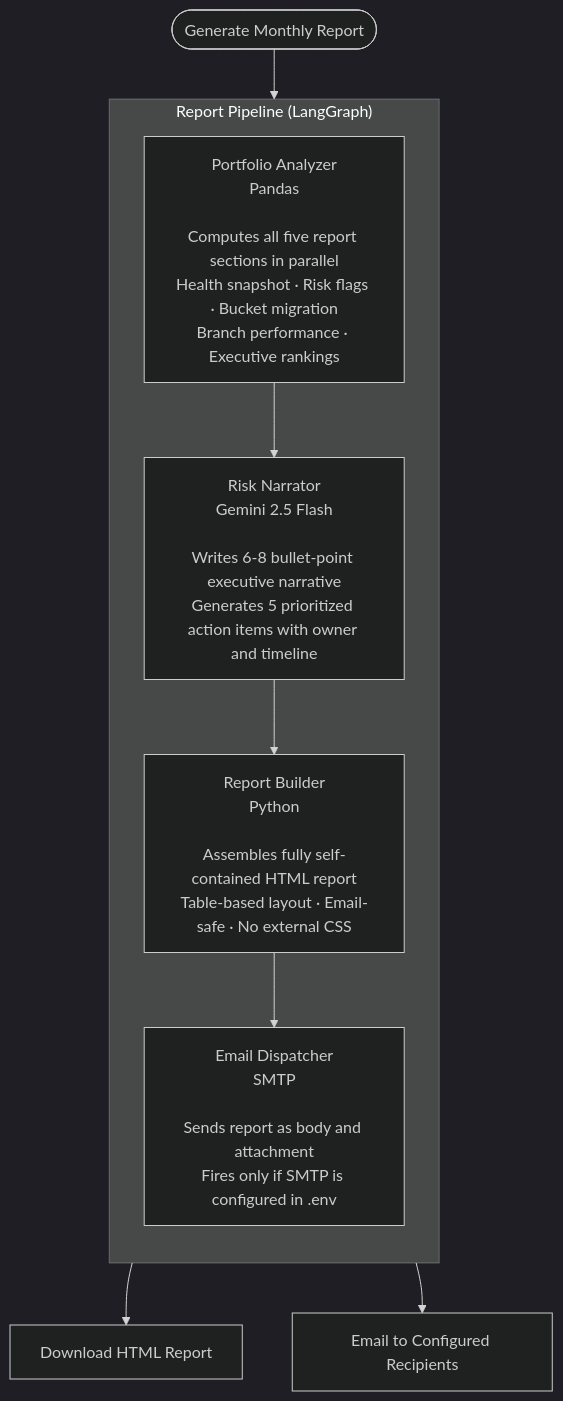
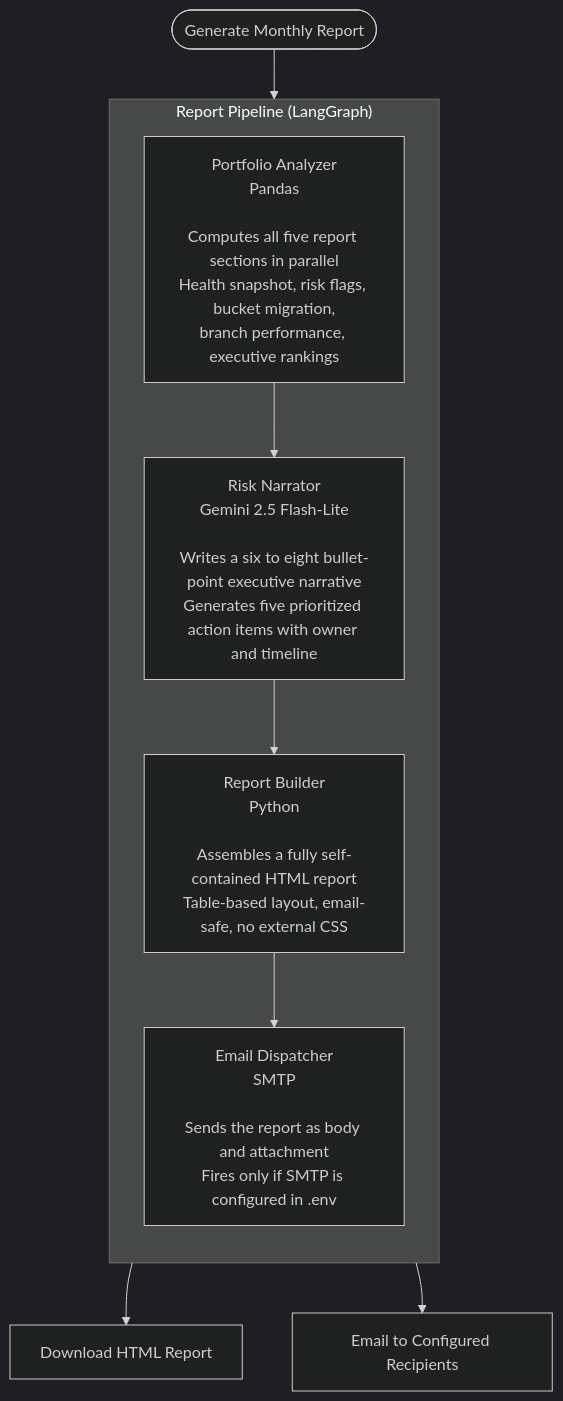
The second of 3 diagrams in CLAUDE.md (Sanjay-00/CollectionIQ), drawn with Mermaid (dark theme) before and after one commit. The commit also changed other lines of this file and 40 other files, not shown here.

Commit message:
Version 3.11: Report pipeline expanded to 18 sections + bug fixes + AI query fix

````diff
--- a/CLAUDE.md
+++ b/CLAUDE.md
@@ -91,18 +116,18 @@
 ```mermaid
 flowchart TD
     Trigger(["Generate Monthly Report"])
 
     Trigger --> PA
 
     subgraph RP ["  Report Pipeline  (LangGraph)  "]
         direction TB
-        PA["Portfolio Analyzer\nPandas\n\nComputes all five report sections in parallel\nHealth snapshot · Risk flags · Bucket migration\nBranch performance · Executive rankings"]
-        RN["Risk Narrator\nGemini 2.5 Flash\n\nWrites 6-8 bullet-point executive narrative\nGenerates 5 prioritized action items with owner and timeline"]
-        RB["Report Builder\nPython\n\nAssembles fully self-contained HTML report\nTable-based layout · Email-safe · No external CSS"]
-        ED["Email Dispatcher\nSMTP\n\nSends report as body and attachment\nFires only if SMTP is configured in .env"]
+        PA["Portfolio Analyzer\nPandas\n\nComputes all five report sections in parallel\nHealth snapshot, risk flags, bucket migration,\nbranch performance, executive rankings"]
+        RN["Risk Narrator\nGemini 2.5 Flash-Lite\n\nWrites a six to eight bullet-point executive narrative\nGenerates five prioritized action items with owner and timeline"]
+        RB["Report Builder\nPython\n\nAssembles a fully self-contained HTML report\nTable-based layout, email-safe, no external CSS"]
+        ED["Email Dispatcher\nSMTP\n\nSends the report as body and attachment\nFires only if SMTP is configured in .env"]
         PA --> RN --> RB --> ED
     end
 
     RB --> DL["Download HTML Report"]
     ED --> EM["Email to Configured Recipients"]
 ```
````
